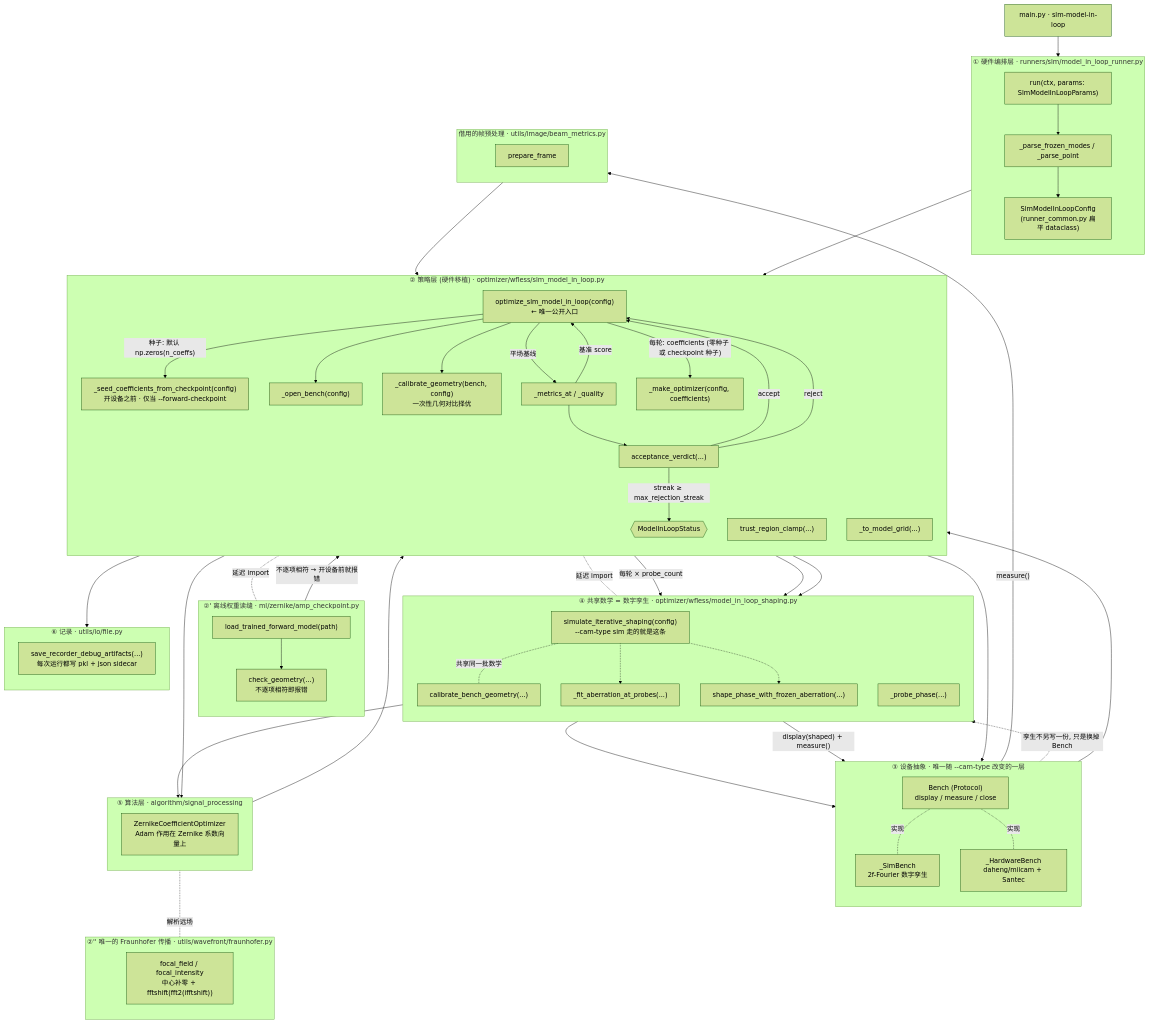
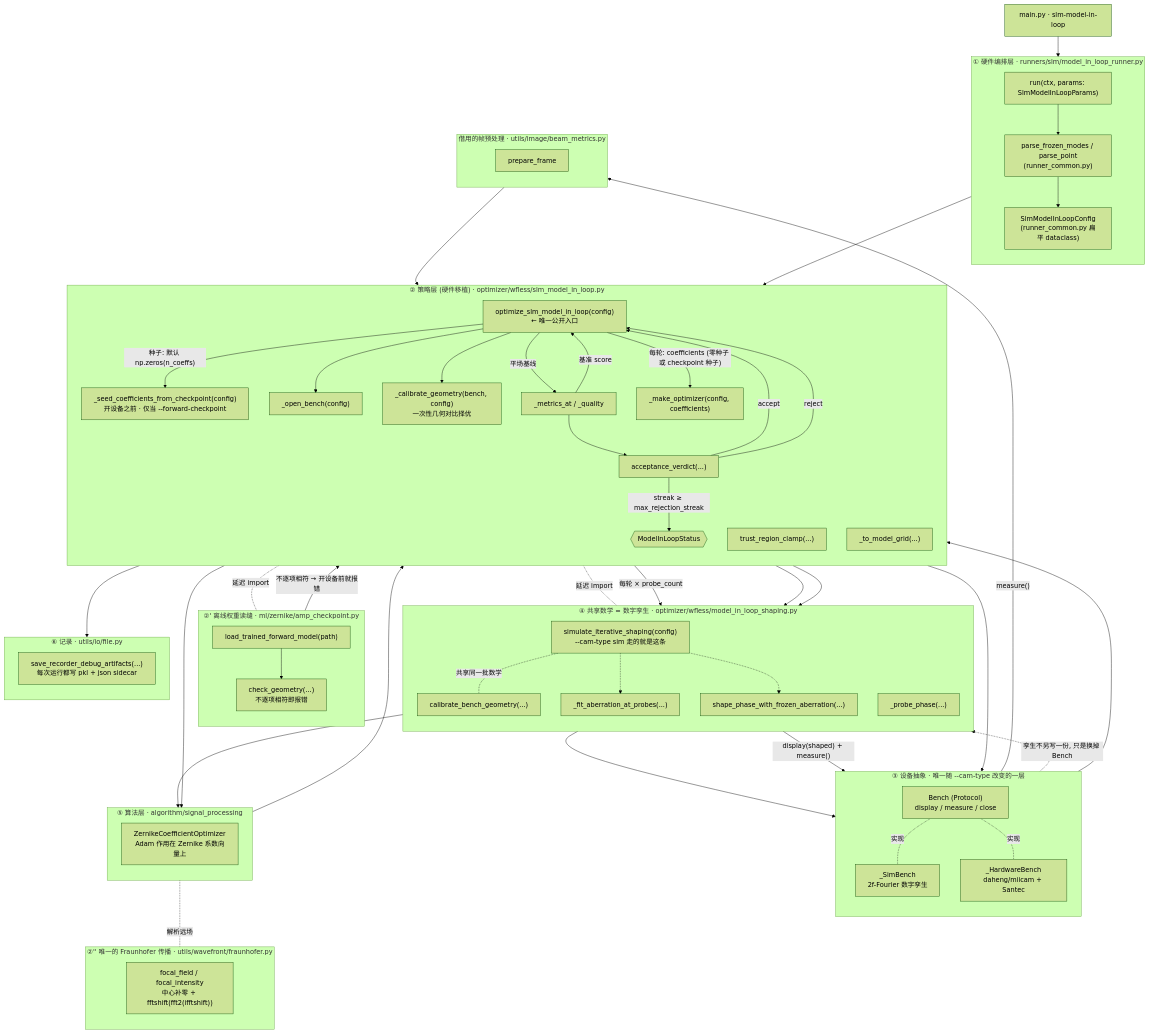
Before and after one commit to ywzhang909/AO-shaping: the first of 4 diagrams in docs/slm/model_in_loop_algorithm.md, drawn with Mermaid (forest theme). The commit also changed other lines of this file and 2 other files, not shown here.

```diff
--- a/docs/slm/model_in_loop_algorithm.md
+++ b/docs/slm/model_in_loop_algorithm.md
@@ -35,7 +35,7 @@
     subgraph L1["① 硬件编排层 · runners/slm/model_in_loop_runner.py"]
         direction TB
         RUN["run(ctx, params: SlmModelInLoopParams)"]
-        PARSE["_parse_frozen_modes / _parse_point"]
+        PARSE["parse_frozen_modes / parse_point<br/>(runner_common.py)"]
         CFG["SlmModelInLoopConfig<br/>(runner_common.py 扁平 dataclass)"]
         RUN --> PARSE --> CFG
     end
```
